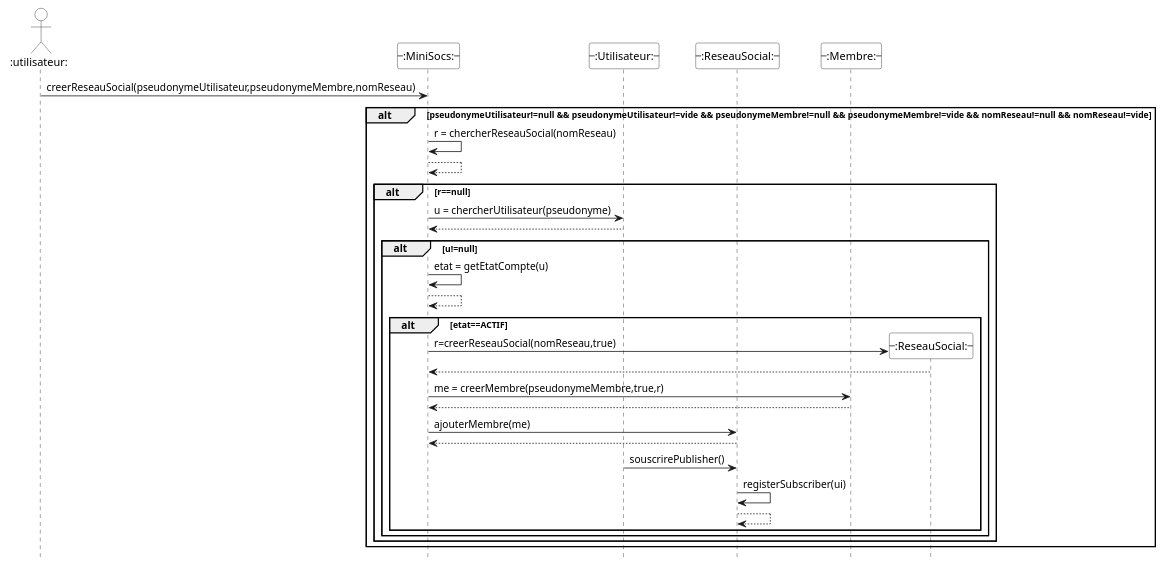
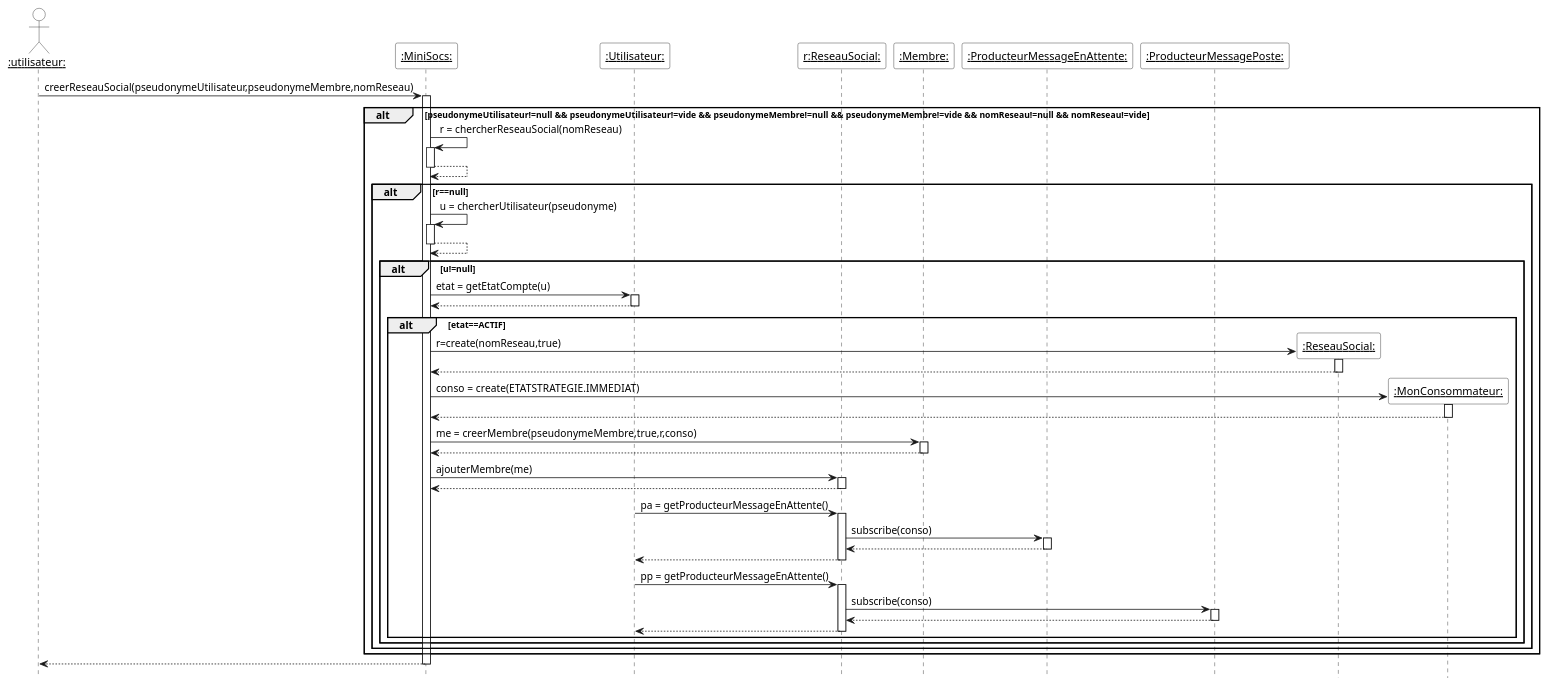
The diagram in Diagrammes/minisocs_uml_diag_seq_creer_reseau_social.pu (yesminete/MiniSocs), drawn with PlantUML before and after one commit. The commit also changed 10 other files, not shown here.

```diff
--- a/Diagrammes/minisocs_uml_diag_seq_creer_reseau_social.pu
+++ b/Diagrammes/minisocs_uml_diag_seq_creer_reseau_social.pu
@@ -1,45 +1,53 @@
 @startuml
 'Diagramme de séquence (PlantUML)'
 
 'Configuration charte graphique'
 hide footbox
 skinparam sequenceParticipantBackgroundColor White
 skinparam sequenceActorBackgroundColor White
 
 'Déclaration des acteurs et des participants'
-actor "--:utilisateur:--" as u
-participant "--:MiniSocs:--" as m
-participant "--:Utilisateur:--" as ui
-participant "--:ReseauSocial:--" as r
-participant "--:Membre:--" as me
+actor "__:utilisateur:__" as u
+participant "__:MiniSocs:__" as m
+participant "__:Utilisateur:__" as ui
+participant "__r:ReseauSocial:__" as r
+participant "__:Membre:__" as me
+participant "__:ProducteurMessageEnAttente:__" as pa
+participant "__:ProducteurMessagePoste:__" as pp
 
-u -> m: creerReseauSocial(pseudonymeUtilisateur,pseudonymeMembre,nomReseau)
+u -> m++: creerReseauSocial(pseudonymeUtilisateur,pseudonymeMembre,nomReseau)
 alt pseudonymeUtilisateur!=null && pseudonymeUtilisateur!=vide && pseudonymeMembre!=null && pseudonymeMembre!=vide && nomReseau!=null && nomReseau!=vide
-    m -> m: r = chercherReseauSocial(nomReseau)
+    m -> m++: r = chercherReseauSocial(nomReseau)
     return
     alt r==null
-        m -> ui: u = chercherUtilisateur(pseudonyme)
+        m -> m++: u = chercherUtilisateur(pseudonyme)
         return
         alt u!=null
             ' Modification: getEtatCompte() is now called on MiniSocs'
-            m -> m: etat = getEtatCompte(u)
+            m -> ui++: etat = getEtatCompte(u)
             return
             alt etat==ACTIF
-                create "--:ReseauSocial:--" as R
-                m -> R: r=creerReseauSocial(nomReseau,true)
+                create "__:ReseauSocial:__" as R
+                m -> R++: r=create(nomReseau,true)
                 return
-                m -> me: me = creerMembre(pseudonymeMembre,true,r)
+                create "__:MonConsommateur:__" as mon
+                m->mon++: conso = create(ETATSTRATEGIE.IMMEDIAT)
                 return
-                ' Modification: ajouterMembre() is now shown as being initiated by MiniSocs'
-                m -> r: ajouterMembre(me)
+                m -> me++: me = creerMembre(pseudonymeMembre,true,r,conso)
                 return
-                ' User subscribes to the ReseauSocial's publisher'
-                ui -> r: souscrirePublisher()
-                r -> r: registerSubscriber(ui)
+                m -> r++: ajouterMembre(me)
+                return
+                ui -> r++: pa = getProducteurMessageEnAttente()
+                r->pa++ : subscribe(conso)
+                return
+                return
+                ui -> r++ : pp = getProducteurMessageEnAttente()
+                r -> pp++: subscribe(conso)
+                return
                 return
             end
         end
     end
 end
-
+return
 @enduml
```
